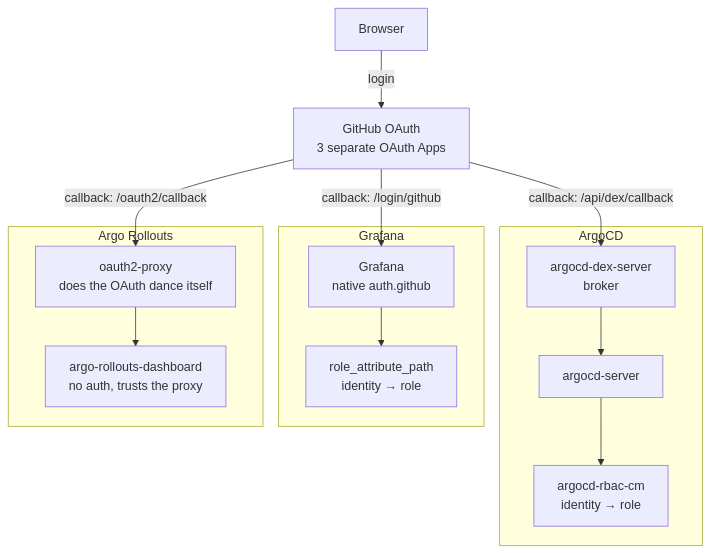
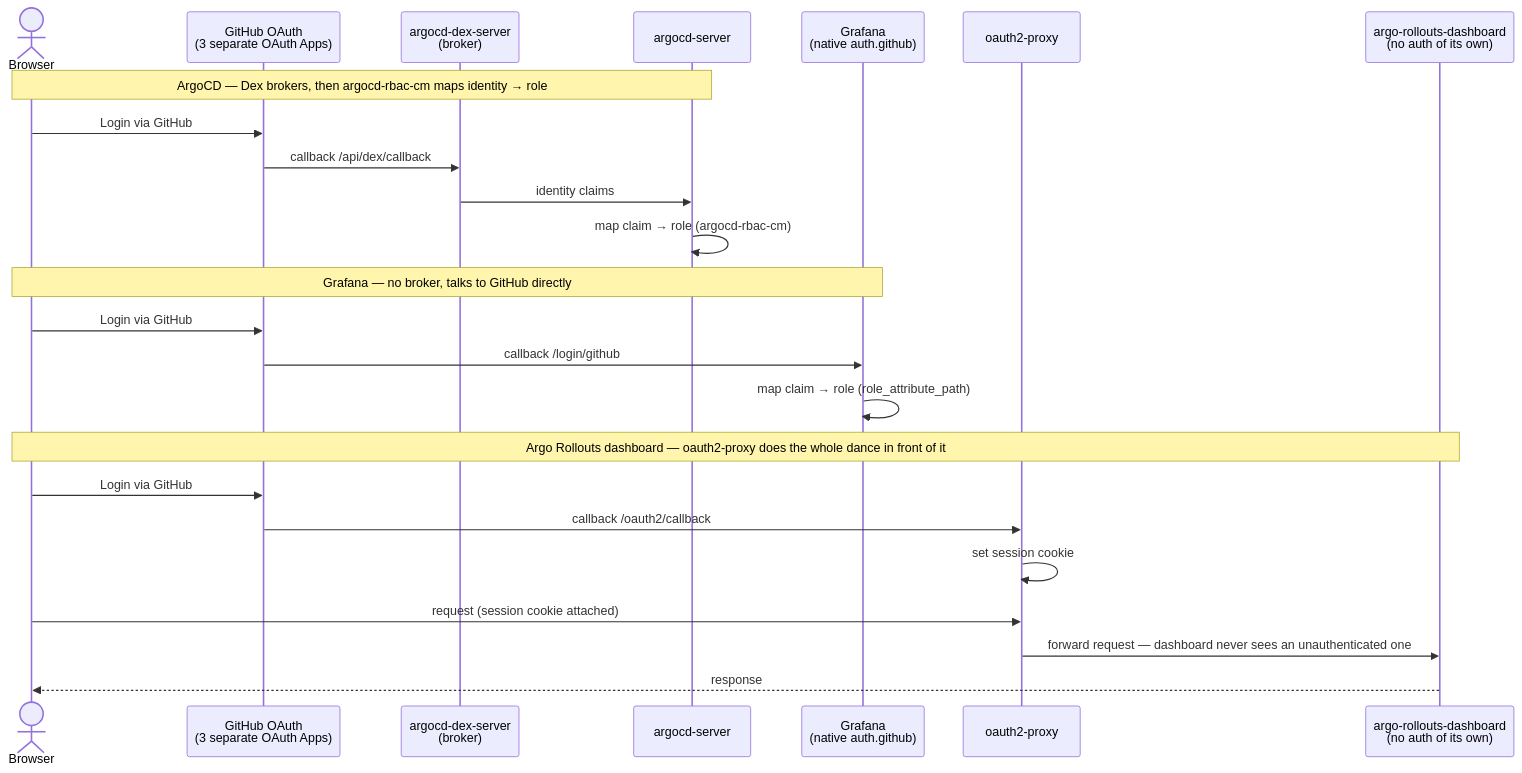
The diagram in docs/concepts/sso-concepts.md (atkaridarshan04/cloudnative-devops-blueprint), drawn with Mermaid before and after one commit. The commit also changed other lines of this file and 24 other files, not shown here.

Commit message:
docs: fix doc/manifest mismatches, trim noisy comments, improve diagrams, reorganize assets, drop dead config

````diff
--- a/docs/concepts/sso-concepts.md
+++ b/docs/concepts/sso-concepts.md
@@ -94,26 +98,29 @@
 ```mermaid
-flowchart TD
-    Browser[Browser]
-    GH[GitHub OAuth<br/>3 separate OAuth Apps]
+sequenceDiagram
+    actor B as Browser
+    participant GH as GitHub OAuth<br/>(3 separate OAuth Apps)
+    participant Dex as argocd-dex-server<br/>(broker)
+    participant ArgoSrv as argocd-server
+    participant GrafSrv as Grafana<br/>(native auth.github)
+    participant Proxy as oauth2-proxy
+    participant Dash as argo-rollouts-dashboard<br/>(no auth of its own)
 
-    subgraph "ArgoCD"
-        Dex[argocd-dex-server<br/>broker]
-        ArgoSrv[argocd-server]
-        RBAC[argocd-rbac-cm<br/>identity → role]
-    end
+    Note over B,ArgoSrv: ArgoCD — Dex brokers, then argocd-rbac-cm maps identity → role
+    B->>GH: Login via GitHub
+    GH->>Dex: callback /api/dex/callback
+    Dex->>ArgoSrv: identity claims
+    ArgoSrv->>ArgoSrv: map claim → role (argocd-rbac-cm)
 
-    subgraph "Grafana"
-        GrafSrv[Grafana<br/>native auth.github]
-        GrafRole[role_attribute_path<br/>identity → role]
-    end
+    Note over B,GrafSrv: Grafana — no broker, talks to GitHub directly
+    B->>GH: Login via GitHub
+    GH->>GrafSrv: callback /login/github
+    GrafSrv->>GrafSrv: map claim → role (role_attribute_path)
 
-    subgraph "Argo Rollouts"
-        Proxy[oauth2-proxy<br/>does the OAuth dance itself]
-        Dash[argo-rollouts-dashboard<br/>no auth, trusts the proxy]
-    end
-
-    Browser -->|login| GH
-    GH -->|callback: /api/dex/callback| Dex --> ArgoSrv --> RBAC
-    GH -->|callback: /login/github| GrafSrv --> GrafRole
-    GH -->|callback: /oauth2/callback| Proxy --> Dash
+    Note over B,Dash: Argo Rollouts dashboard — oauth2-proxy does the whole dance in front of it
+    B->>GH: Login via GitHub
+    GH->>Proxy: callback /oauth2/callback
+    Proxy->>Proxy: set session cookie
+    B->>Proxy: request (session cookie attached)
+    Proxy->>Dash: forward request — dashboard never sees an unauthenticated one
+    Dash-->>B: response
 ```
````
